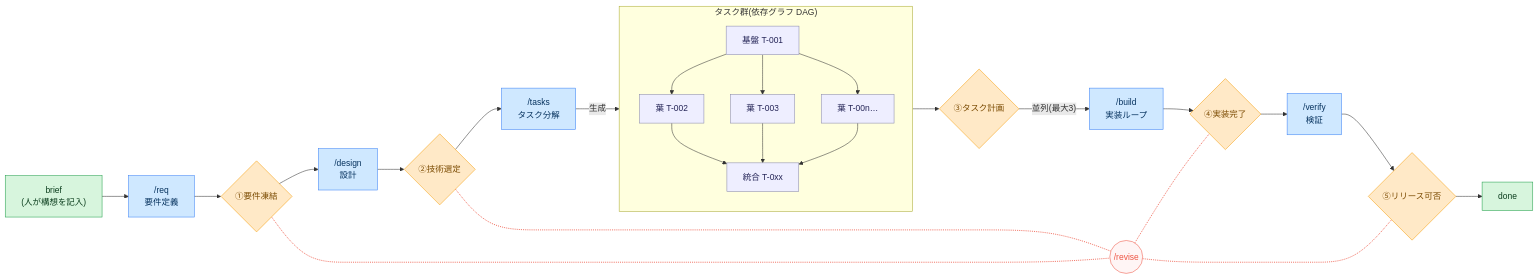
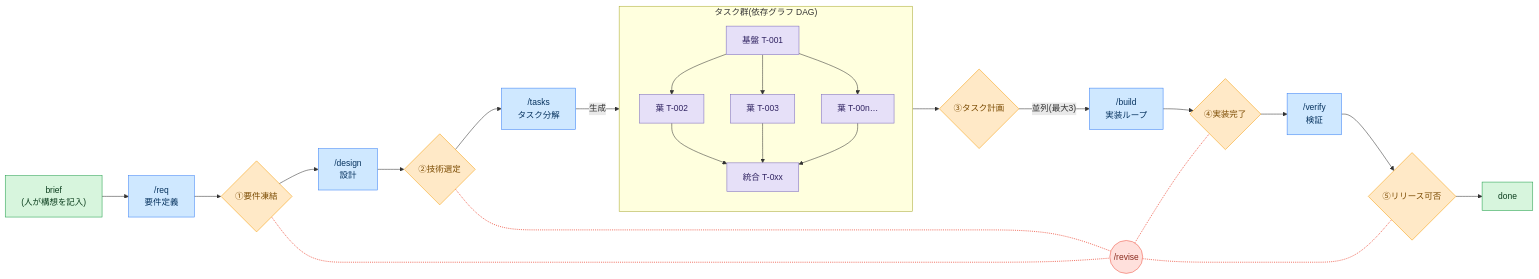
The diagram in README.ja.md (komoroko/loose-rein-kit), drawn with Mermaid before and after one commit. The commit also changed other lines of this file and 1 other file, not shown here.

First line of the commit message:
docs(readme): rewrite the Japanese README as Japanese, and fix the diagram legend

````diff
--- a/README.ja.md
+++ b/README.ja.md
@@ -20,49 +20,49 @@
 ```mermaid
 flowchart LR
     brief["brief<br/>(人が構想を記入)"]:::human
     req["/req<br/>要件定義"]:::agent
     g1{"①要件凍結"}:::gate
     design["/design<br/>設計"]:::agent
     g2{"②技術選定"}:::gate
     tasks["/tasks<br/>タスク分解"]:::agent
     g3{"③タスク計画"}:::gate
     build["/build<br/>実装ループ"]:::agent
     g4{"④実装完了"}:::gate
     verify["/verify<br/>検証"]:::agent
     g5{"⑤リリース可否"}:::gate
     done["done"]:::human
 
     subgraph TASKS["タスク群(依存グラフ DAG)"]
         direction TB
         T1["基盤 T-001"]:::task
         T2["葉 T-002"]:::task
         T3["葉 T-003"]:::task
         Tn["葉 T-00n…"]:::task
         TI["統合 T-0xx"]:::task
         T1 --> T2
         T1 --> T3
         T1 --> Tn
         T2 --> TI
         T3 --> TI
         Tn --> TI
     end
 
     brief --> req --> g1 --> design --> g2 --> tasks
     tasks -->|生成| T1
     TI --> g3
     g3 -->|"並列(最大3)"| build
     build --> g4 --> verify --> g5 --> done
 
     RV(("/revise")):::revise
     g1 -.- RV
     g2 -.- RV
     RV -.- g4
     RV -.- g5
 
     classDef agent fill:#cfe8ff,stroke:#3b82f6,color:#06325e;
     classDef gate fill:#ffe9c7,stroke:#f59e0b,color:#7a4a00;
     classDef human fill:#d7f5dd,stroke:#22a04b,color:#0b3d1d;
-    classDef task fill:#eeeeff,stroke:#8888aa,color:#222255;
-    classDef revise fill:#fff5f5,stroke:#ee5544,color:#ee5544;
+    classDef task fill:#e6e0f8,stroke:#7c6bbd,color:#2e2160;
+    classDef revise fill:#ffe0dc,stroke:#ee5544,color:#8a2b1e;
     linkStyle 18,19,20,21 stroke:#ee5544,color:#ee5544,stroke-width:1.5px;
 ```
````
